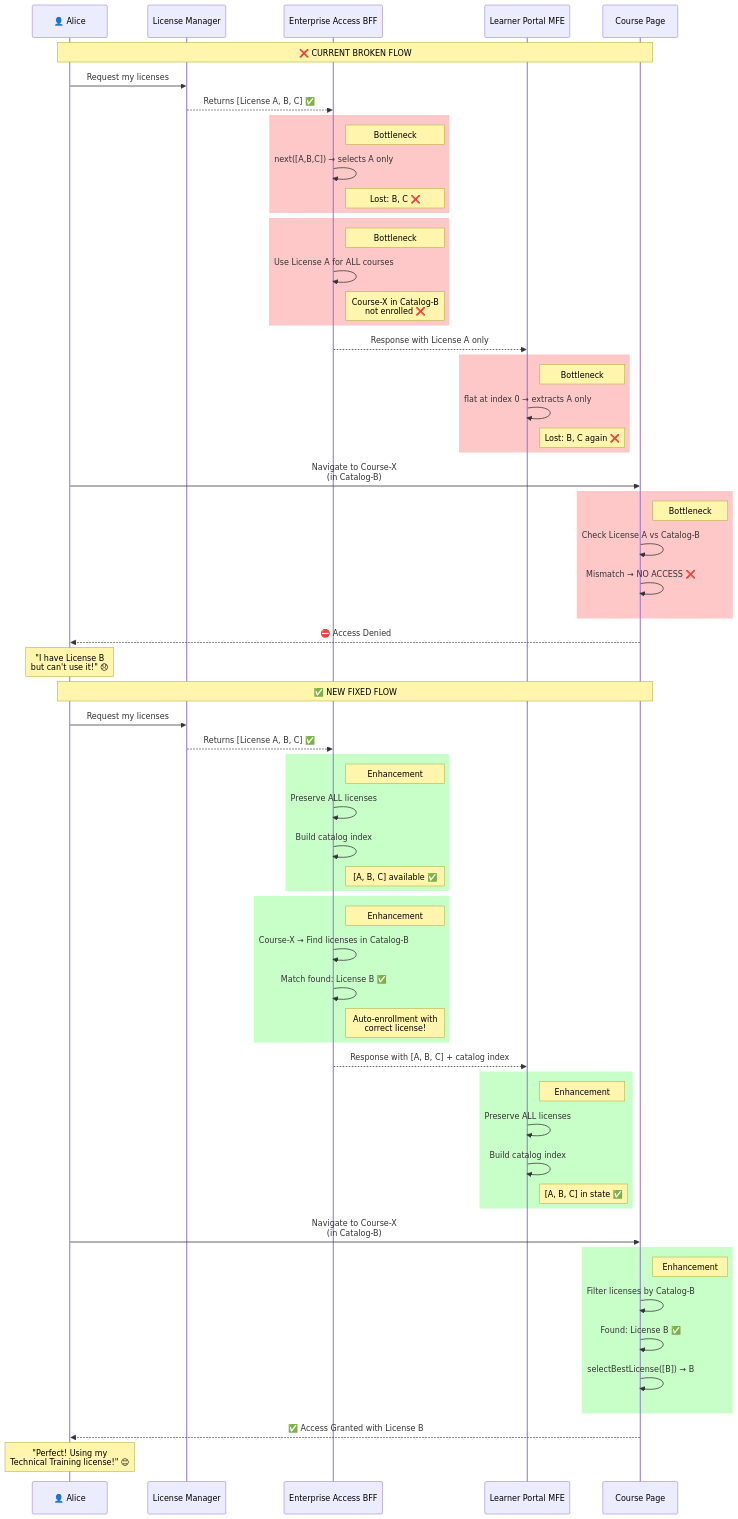
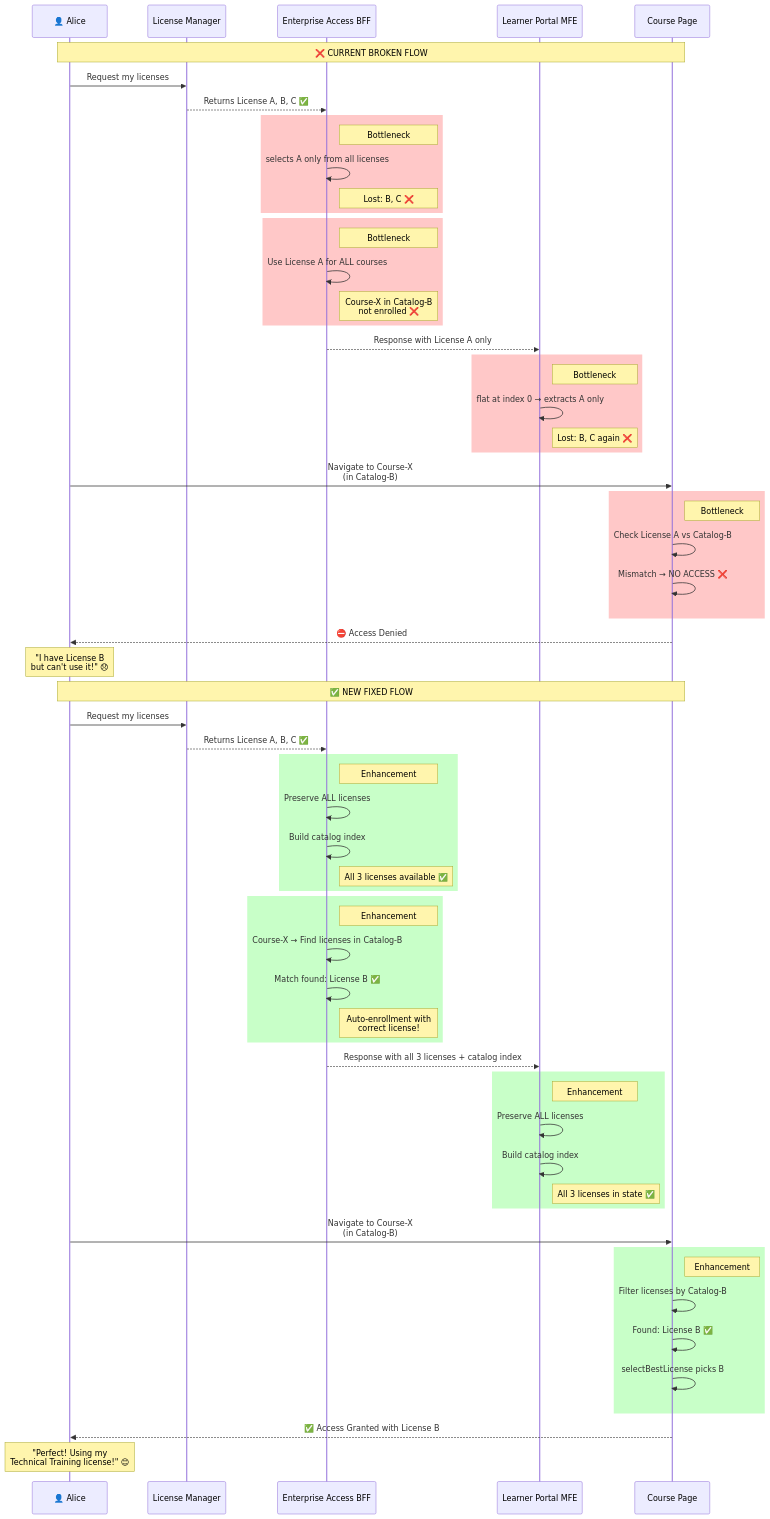
The second of 11 diagrams in multiplex_solution.md (rgopalrao-sonata-png/edx-enterprise), drawn with Mermaid before and after one commit. The commit also changed other lines of this file, not shown here.

Commit message:
Refactor license flow and update diagrams

```diff
--- a/multiplex_solution.md
+++ b/multiplex_solution.md
@@ -137,11 +137,11 @@
     Note over Alice,Course: ❌ CURRENT BROKEN FLOW
     
     Alice->>LM: Request my licenses
-    LM-->>BFF: Returns [License A, B, C] ✅
+    LM-->>BFF: Returns License A, B, C ✅
     
     rect rgb(255, 200, 200)
         Note right of BFF: Bottleneck #1<br/>_extract_subscription_license()
-        BFF->>BFF: next([A,B,C]) → selects A only
+        BFF->>BFF: selects A only from all licenses
         Note right of BFF: Lost: B, C ❌
     end
     
@@ -173,13 +173,13 @@
     Note over Alice,Course: ✅ NEW FIXED FLOW
     
     Alice->>LM: Request my licenses
-    LM-->>BFF: Returns [License A, B, C] ✅
+    LM-->>BFF: Returns License A, B, C ✅
     
     rect rgb(200, 255, 200)
         Note right of BFF: Enhancement #1<br/>transform_licenses()
         BFF->>BFF: Preserve ALL licenses
         BFF->>BFF: Build catalog index
-        Note right of BFF: [A, B, C] available ✅
+        Note right of BFF: All 3 licenses available ✅
     end
     
     rect rgb(200, 255, 200)
@@ -189,13 +189,13 @@
         Note right of BFF: Auto-enrollment with<br/>correct license!
     end
     
-    BFF-->>MFE: Response with [A, B, C] + catalog index
+    BFF-->>MFE: Response with all 3 licenses + catalog index
     
     rect rgb(200, 255, 200)
         Note right of MFE: Enhancement #3<br/>transformSubscriptionsData()
         MFE->>MFE: Preserve ALL licenses
         MFE->>MFE: Build catalog index
-        Note right of MFE: [A, B, C] in state ✅
+        Note right of MFE: All 3 licenses in state ✅
     end
     
     Alice->>Course: Navigate to Course-X<br/>(in Catalog-B)
@@ -204,7 +204,7 @@
         Note right of Course: Enhancement #4<br/>getApplicableLicenses()
         Course->>Course: Filter licenses by Catalog-B
         Course->>Course: Found: License B ✅
-        Course->>Course: selectBestLicense([B]) → B
+        Course->>Course: selectBestLicense picks B
     end
     
     Course-->>Alice: ✅ Access Granted with License B
```
